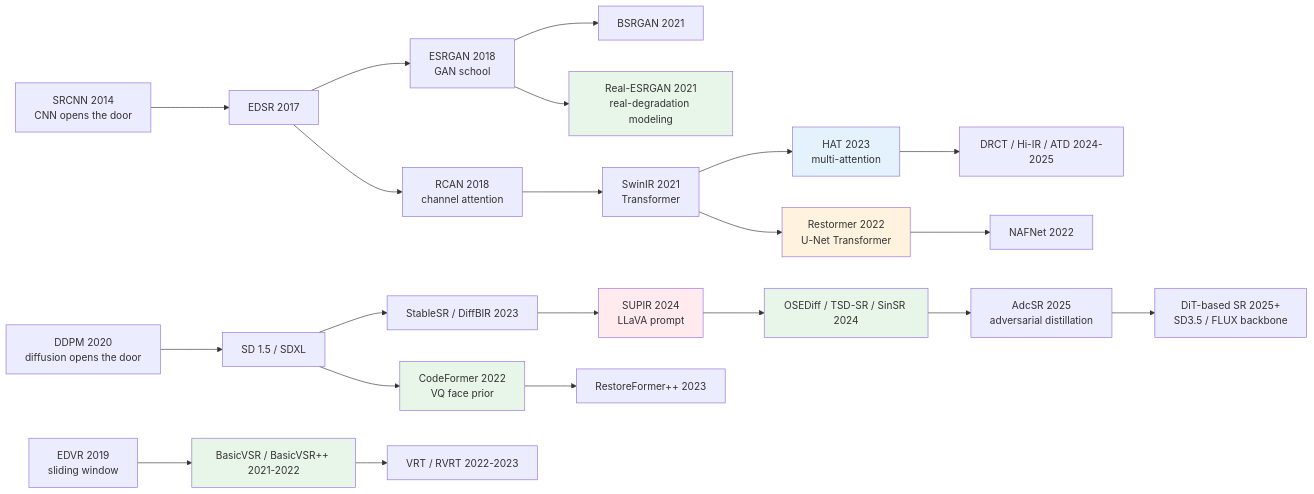
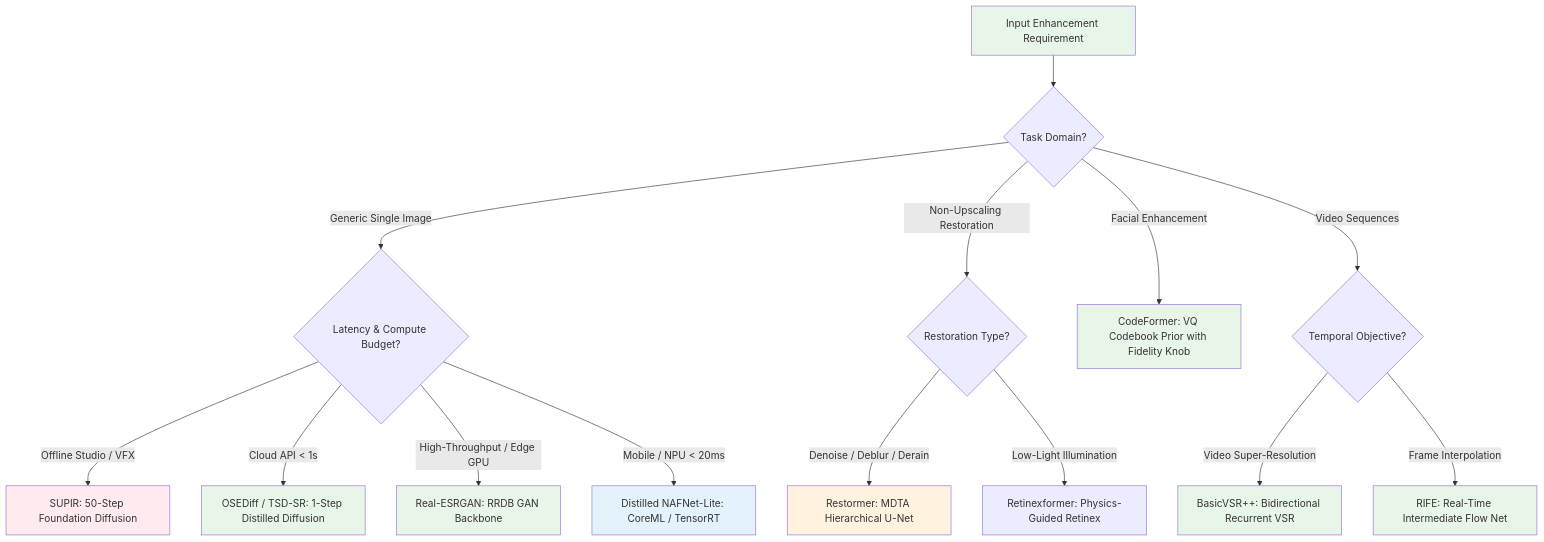
Before and after one commit to yingwang/image-enhancement-guide: the third of 3 diagrams in en/chapters/18-sota.md, drawn with Mermaid. The commit also changed other lines of this file and 18 other files, not shown here.

````diff
--- a/en/chapters/18-sota.md
+++ b/en/chapters/18-sota.md
@@ -721,34 +131,30 @@
 ```mermaid
-graph LR
-    SRCNN[SRCNN 2014<br/>CNN opens the door] --> EDSR[EDSR 2017]
-    EDSR --> ESRGAN[ESRGAN 2018<br/>GAN school]
-    ESRGAN --> BSR[BSRGAN 2021]
-    ESRGAN --> RESR[Real-ESRGAN 2021<br/>real-degradation modeling]
-    EDSR --> RCAN[RCAN 2018<br/>channel attention]
-    RCAN --> SwinIR[SwinIR 2021<br/>Transformer]
-    SwinIR --> HAT[HAT 2023<br/>multi-attention]
-    HAT --> DRCT[DRCT / Hi-IR / ATD 2024-2025]
-    SwinIR --> Restormer[Restormer 2022<br/>U-Net Transformer]
-    Restormer --> NAF[NAFNet 2022]
+graph TD
+    Start[Input Enhancement Requirement] --> TaskType{Task Domain?}
 
-    DDPM[DDPM 2020<br/>diffusion opens the door] --> SD[SD 1.5 / SDXL]
-    SD --> StableSR[StableSR / DiffBIR 2023]
-    StableSR --> SUPIR[SUPIR 2024<br/>LLaVA prompt]
-    SUPIR --> OSE[OSEDiff / TSD-SR / SinSR 2024]
-    OSE --> AdcSR[AdcSR 2025<br/>adversarial distillation]
-    AdcSR --> DiT[DiT-based SR 2025+<br/>SD3.5 / FLUX backbone]
+    TaskType -- Generic Single Image --> LatencyCheck{Latency & Compute Budget?}
+    LatencyCheck -- Offline Studio / VFX --> SUPIR[SUPIR: 50-Step Foundation Diffusion]
+    LatencyCheck -- Cloud API < 1s --> OSE[OSEDiff / TSD-SR: 1-Step Distilled Diffusion]
+    LatencyCheck -- High-Throughput / Edge GPU --> RealESRGAN[Real-ESRGAN: RRDB GAN Backbone]
+    LatencyCheck -- Mobile / NPU < 20ms --> NAFNet[Distilled NAFNet-Lite: CoreML / TensorRT]
 
-    SD --> Code[CodeFormer 2022<br/>VQ face prior]
-    Code --> RestoreFmr[RestoreFormer++ 2023]
+    TaskType -- Non-Upscaling Restoration --> RestCheck{Restoration Type?}
+    RestCheck -- Denoise / Deblur / Derain --> Restormer[Restormer: MDTA Hierarchical U-Net]
+    RestCheck -- Low-Light Illumination --> Retinex[Retinexformer: Physics-Guided Retinex]
 
-    EDVR[EDVR 2019<br/>sliding window] --> BVP[BasicVSR / BasicVSR++ 2021-2022]
-    BVP --> VRT[VRT / RVRT 2022-2023]
+    TaskType -- Facial Enhancement --> CodeFormer[CodeFormer: VQ Codebook Prior with Fidelity Knob]
 
-    style RESR fill:#e8f5e9
-    style HAT fill:#e3f2fd
-    style Restormer fill:#fff3e0
+    TaskType -- Video Sequences --> VideoCheck{Temporal Objective?}
+    VideoCheck -- Video Super-Resolution --> BasicVSR[BasicVSR++: Bidirectional Recurrent VSR]
+    VideoCheck -- Frame Interpolation --> RIFE[RIFE: Real-Time Intermediate Flow Net]
+
+    style Start fill:#e8f5e9
     style SUPIR fill:#ffebee
     style OSE fill:#e8f5e9
-    style Code fill:#e8f5e9
-    style BVP fill:#e8f5e9
+    style RealESRGAN fill:#e8f5e9
+    style NAFNet fill:#e3f2fd
+    style Restormer fill:#fff3e0
+    style CodeFormer fill:#e8f5e9
+    style BasicVSR fill:#e8f5e9
+    style RIFE fill:#e8f5e9
 ```
````
